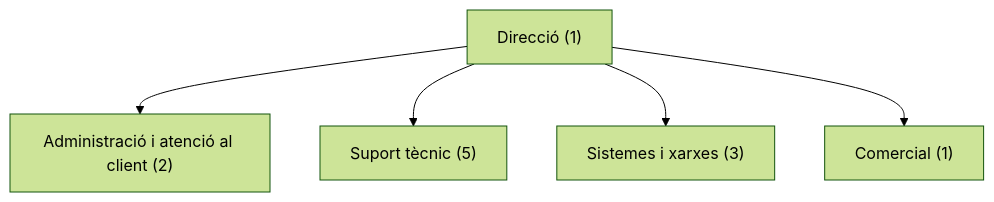
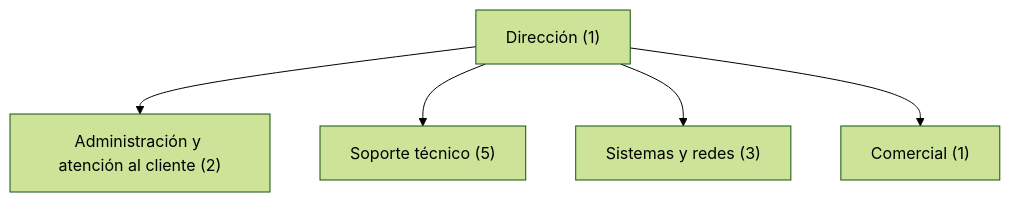
One commit to juancarvr070309-dotcom/proyecto-intermodular-tecnoval changed the diagram in docs/sprint-1/02-organitzacio.md. Above: the diagram before and after it, drawn with Mermaid (forest theme). The commit also changed other lines of this file, not shown here.

````diff
--- a/docs/sprint-1/02-organitzacio.md
+++ b/docs/sprint-1/02-organitzacio.md
@@ -61,8 +61,8 @@
 ```mermaid
 flowchart TD
-    A["Direcció (1)"]
-    A --> B["Administració i atenció al client (2)"]
-    A --> C["Suport tècnic (5)"]
-    A --> D["Sistemes i xarxes (3)"]
+    A["Dirección (1)"]
+    A --> B["Administración y atención al cliente (2)"]
+    A --> C["Soporte técnico (5)"]
+    A --> D["Sistemas y redes (3)"]
     A --> E["Comercial (1)"]
 ```
````
